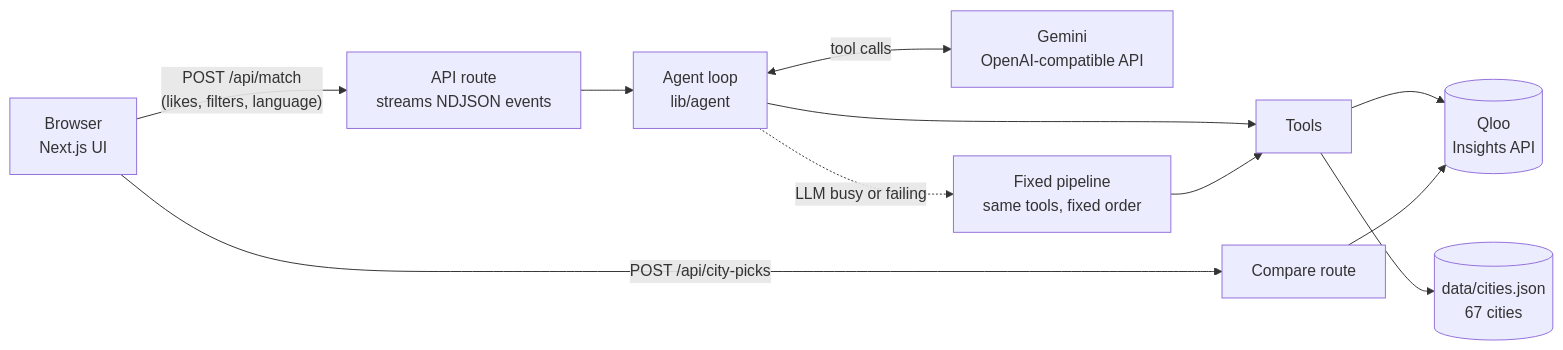
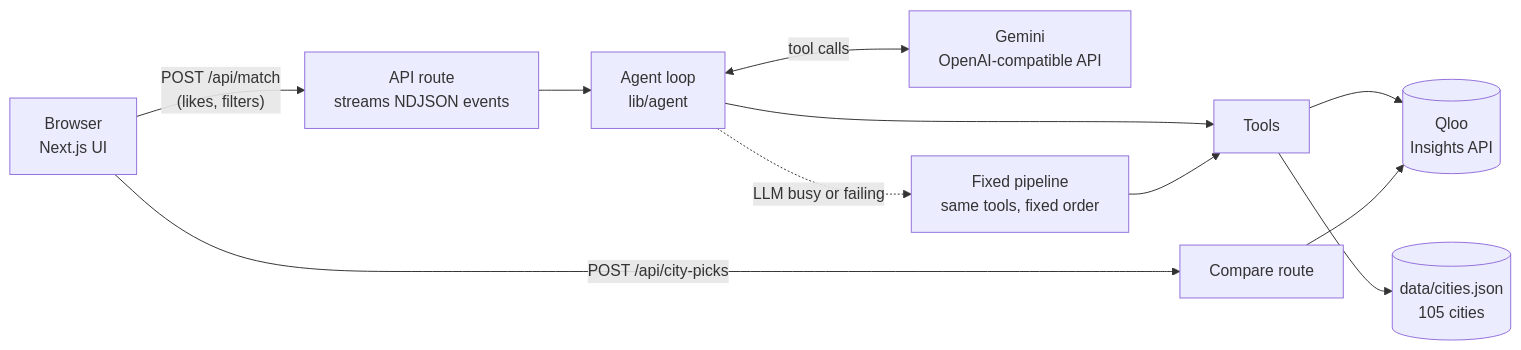
The diagram in README.md (Devvzz/tasteabroad), drawn with Mermaid before and after one commit. The commit also changed other lines of this file and 2 other files, not shown here.

Commit message:
Update docs for 105 cities, study language and Qloo scores

````diff
--- a/README.md
+++ b/README.md
@@ -49,12 +63,12 @@
 ```mermaid
 flowchart LR
-  U[Browser<br/>Next.js UI] -- "POST /api/match<br/>(likes, filters, language)" --> R[API route<br/>streams NDJSON events]
+  U[Browser<br/>Next.js UI] -- "POST /api/match<br/>(likes, filters)" --> R[API route<br/>streams NDJSON events]
   R --> A[Agent loop<br/>lib/agent]
   A <-- "tool calls" --> L[Gemini<br/>OpenAI-compatible API]
   A --> T[Tools]
   T --> Q[(Qloo<br/>Insights API)]
-  T --> D[(data/cities.json<br/>67 cities)]
+  T --> D[(data/cities.json<br/>105 cities)]
   A -. "LLM busy or failing" .-> F[Fixed pipeline<br/>same tools, fixed order]
   F --> T
   U -- "POST /api/city-picks" --> P[Compare route] --> Q
 ```
````
